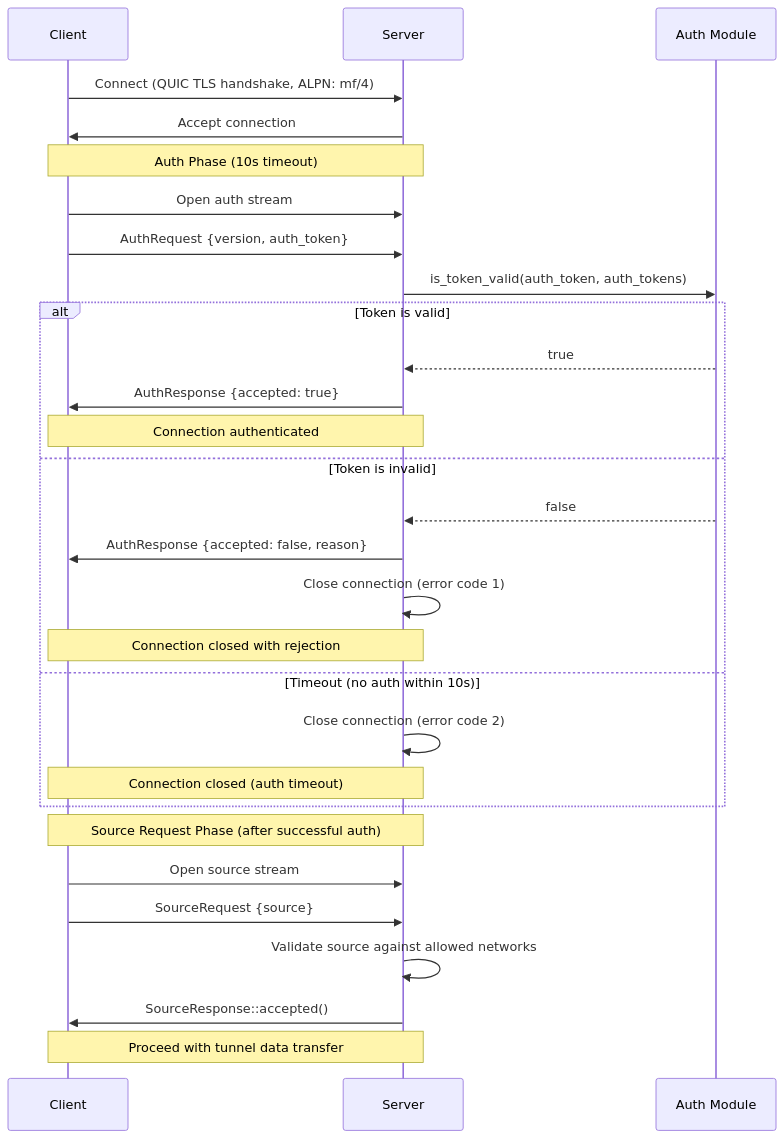
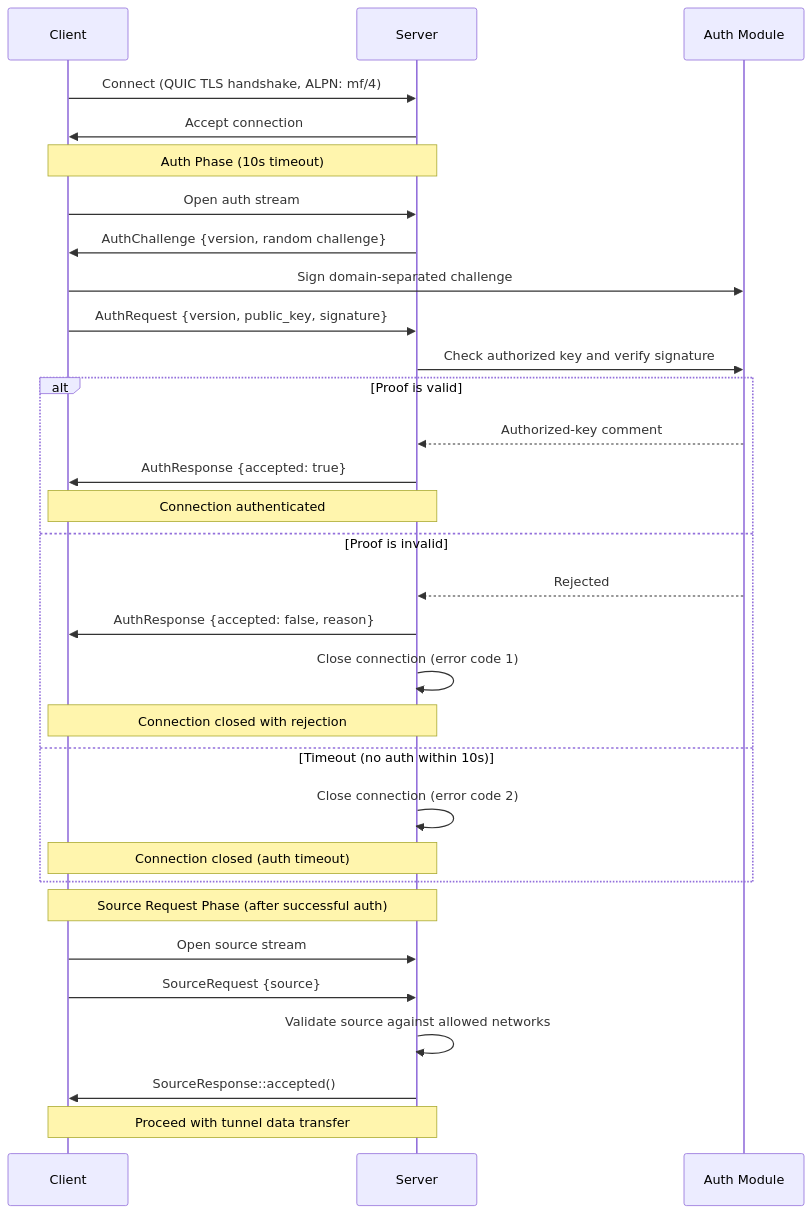
One commit to andrewtheguy/tunnel-rs changed diagram 15 of 22 in docs/ARCHITECTURE.md. Above: the diagram before and after it, drawn with Mermaid. The commit also changed other lines of this file and 26 other files, not shown here.

Commit message:
Replace token auth with Ed25519 public-key authentication

````diff
--- a/docs/ARCHITECTURE.md
+++ b/docs/ARCHITECTURE.md
@@ -562,34 +545,36 @@
 ```mermaid
 sequenceDiagram
     participant C as Client
     participant S as Server
     participant A as Auth Module
 
     C->>S: Connect (QUIC TLS handshake, ALPN: mf/4)
     S->>C: Accept connection
 
     Note over C,S: Auth Phase (10s timeout)
     C->>S: Open auth stream
-    C->>S: AuthRequest {version, auth_token}
-    S->>A: is_token_valid(auth_token, auth_tokens)
-    alt Token is valid
-        A-->>S: true
+    S->>C: AuthChallenge {version, random challenge}
+    C->>A: Sign domain-separated challenge
+    C->>S: AuthRequest {version, public_key, signature}
+    S->>A: Check authorized key and verify signature
+    alt Proof is valid
+        A-->>S: Authorized-key comment
         S->>C: AuthResponse {accepted: true}
         Note over S,C: Connection authenticated
-    else Token is invalid
-        A-->>S: false
+    else Proof is invalid
+        A-->>S: Rejected
         S->>C: AuthResponse {accepted: false, reason}
         S->>S: Close connection (error code 1)
         Note over S,C: Connection closed with rejection
     else Timeout (no auth within 10s)
         S->>S: Close connection (error code 2)
         Note over S,C: Connection closed (auth timeout)
     end
 
     Note over C,S: Source Request Phase (after successful auth)
     C->>S: Open source stream
     C->>S: SourceRequest {source}
     S->>S: Validate source against allowed networks
     S->>C: SourceResponse::accepted()
     Note over S,C: Proceed with tunnel data transfer
 ```
````
